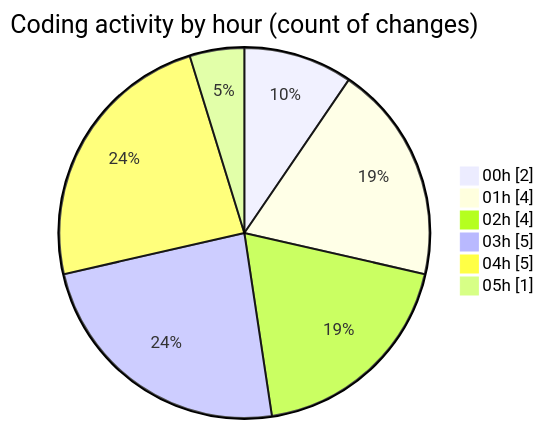
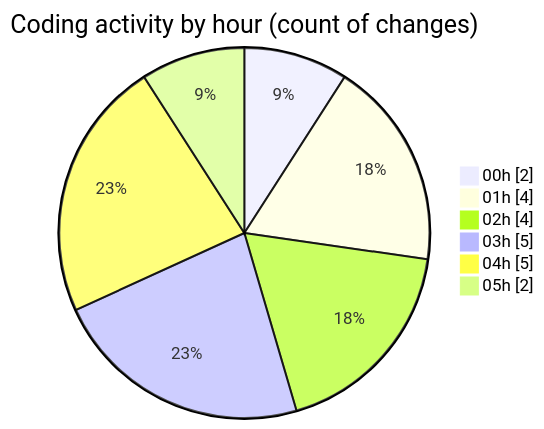
The second of 2 diagrams in 2025-08-08/studybuddy/README.md (lephambinh05/code-tracking), drawn with Mermaid before and after one commit. The commit also changed other lines of this file and 1 other file, not shown here.

````diff
--- a/2025-08-08/studybuddy/README.md
+++ b/2025-08-08/studybuddy/README.md
@@ -36,10 +36,10 @@
 ```mermaid
 pie showData
 title Coding activity by hour (count of changes)
 "00h" : 2
 "01h" : 4
 "02h" : 4
 "03h" : 5
 "04h" : 5
-"05h" : 1
+"05h" : 2
 ```
````
